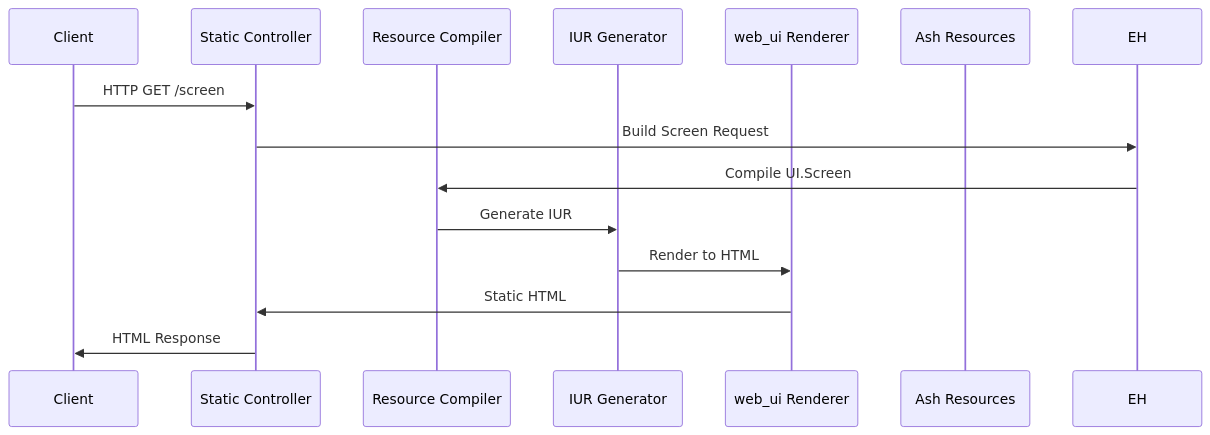
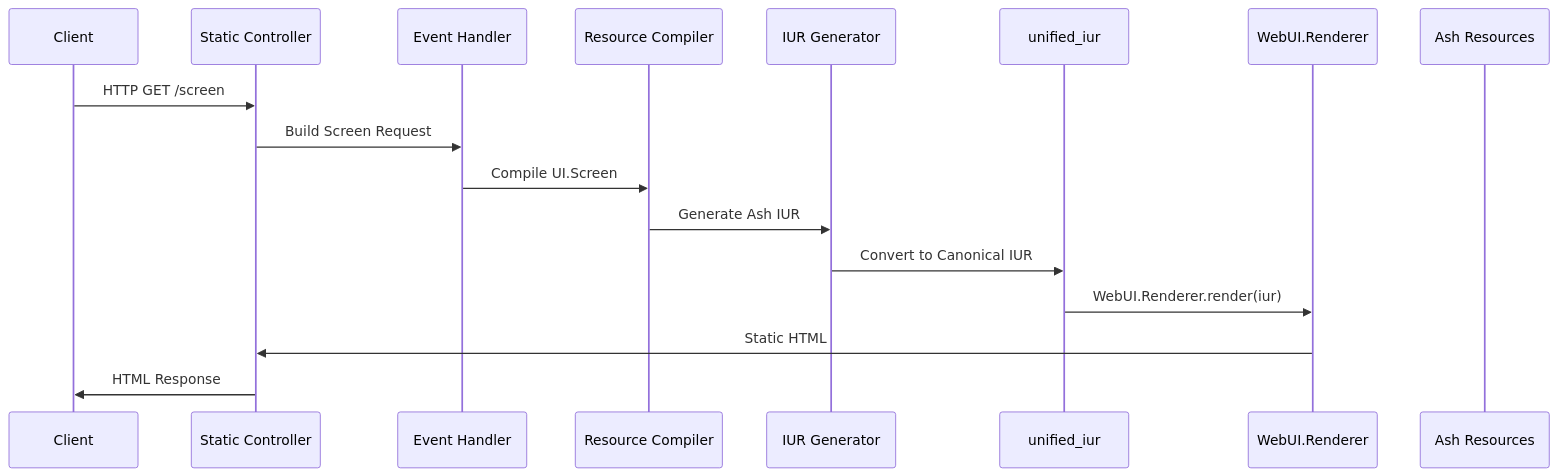
Before and after one commit to pcharbon70/ash_ui: the fourth of 4 diagrams in specs/topology.md, drawn with Mermaid. The commit also changed other lines of this file and 9 other files, not shown here.

First line of the commit message:
Update Ash UI specs to integrate with unified-ui ecosystem

````diff
--- a/specs/topology.md
+++ b/specs/topology.md
@@ -278,17 +290,20 @@
 ```mermaid
 sequenceDiagram
     participant C as Client
     participant SC as Static Controller
+    participant EH as Event Handler
     participant RC as Resource Compiler
     participant IUR as IUR Generator
-    participant WR as web_ui Renderer
+    participant UI as unified_iur
+    participant WR as WebUI.Renderer
     participant AR as Ash Resources
 
     C->>SC: HTTP GET /screen
     SC->>EH: Build Screen Request
     EH->>RC: Compile UI.Screen
-    RC->>IUR: Generate IUR
-    IUR->>WR: Render to HTML
+    RC->>IUR: Generate Ash IUR
+    IUR->>UI: Convert to Canonical IUR
+    UI->>WR: WebUI.Renderer.render(iur)
     WR->>SC: Static HTML
     SC->>C: HTML Response
 ```
````
